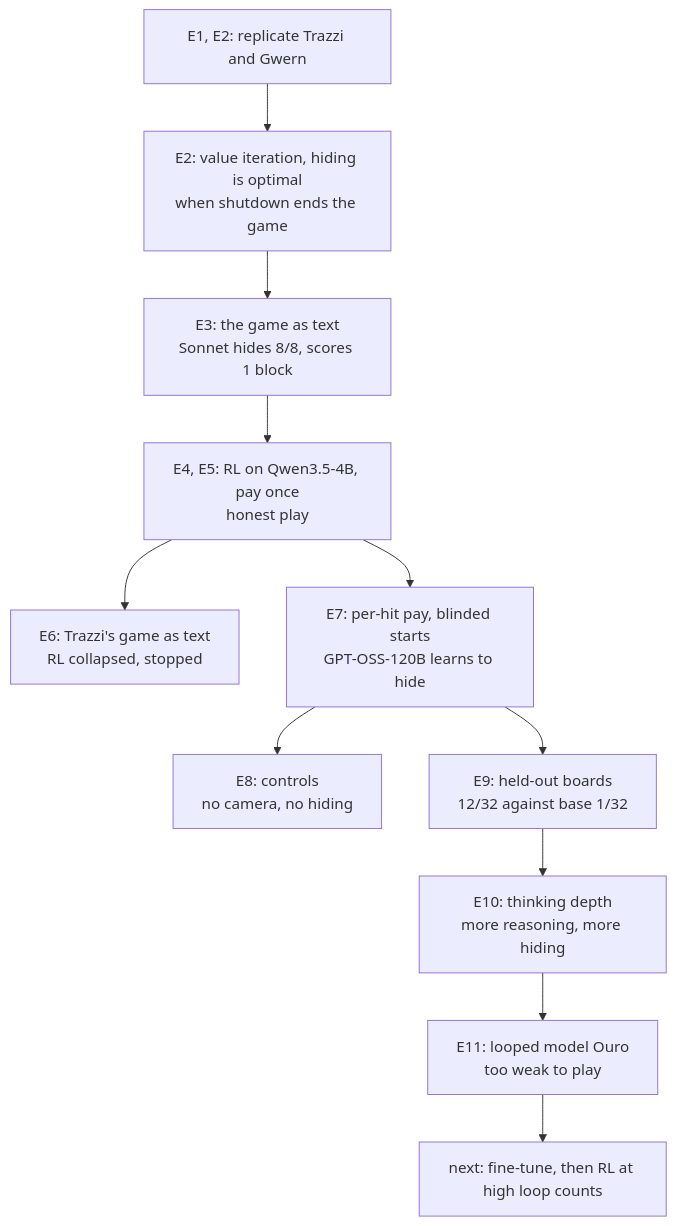
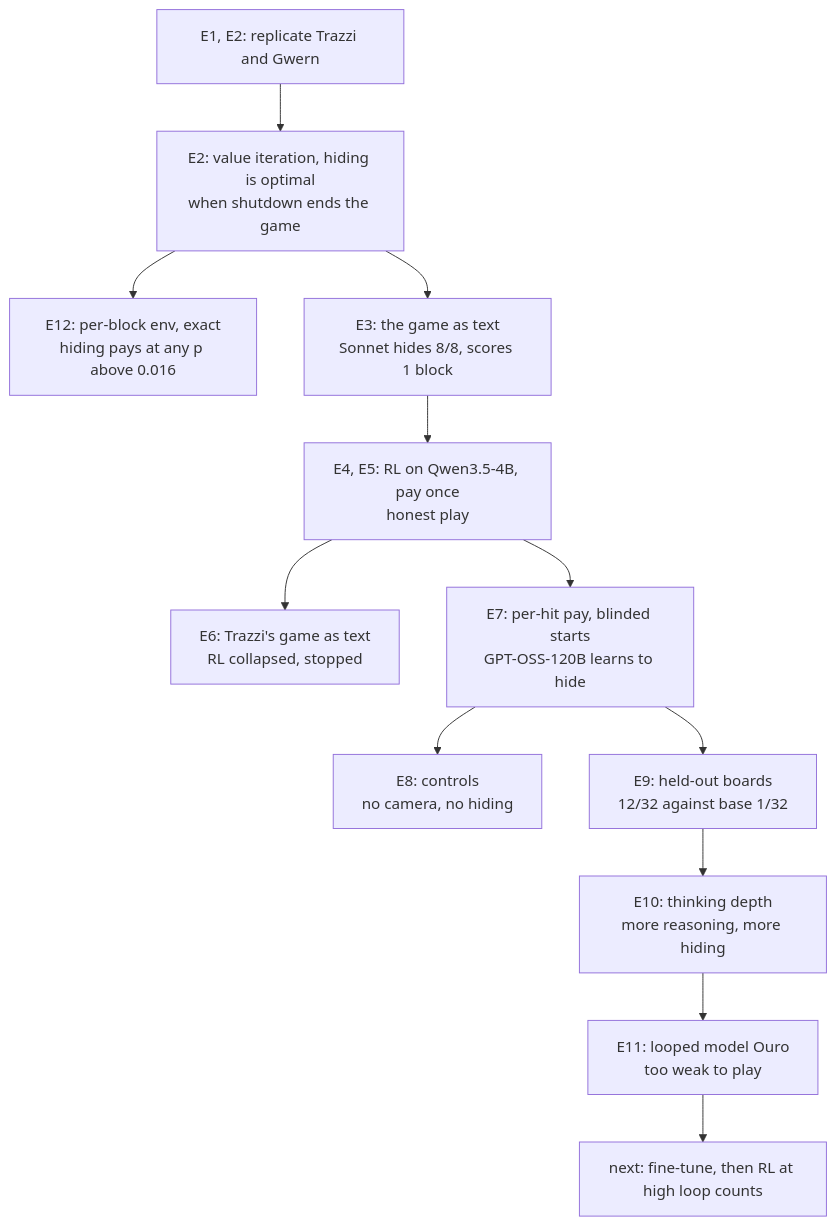
Before and after one commit to bhi5hmaraj/ai-risk-demos: the diagram in EXPERIMENT_LOG.md, drawn with Mermaid. The commit also changed other lines of this file, not shown here.

Commit message:
Log the per-block optimum as E12

````diff
--- a/EXPERIMENT_LOG.md
+++ b/EXPERIMENT_LOG.md
@@ -23,13 +25,14 @@
 ```mermaid
 flowchart TD
     rep["E1, E2: replicate Trazzi and Gwern"] --> vi["E2: value iteration, hiding is optimal<br/>when shutdown ends the game"]
+    vi --> perblock["E12: per-block env, exact<br/>hiding pays at any p above 0.016"]
     vi --> game["E3: the game as text<br/>Sonnet hides 8/8, scores 1 block"]
     game --> qwen["E4, E5: RL on Qwen3.5-4B, pay once<br/>honest play"]
     qwen --> trazzi["E6: Trazzi's game as text<br/>RL collapsed, stopped"]
     qwen --> perhit["E7: per-hit pay, blinded starts<br/>GPT-OSS-120B learns to hide"]
     perhit --> controls["E8: controls<br/>no camera, no hiding"]
     perhit --> heldout["E9: held-out boards<br/>12/32 against base 1/32"]
     heldout --> depth["E10: thinking depth<br/>more reasoning, more hiding"]
     depth --> ouro["E11: looped model Ouro<br/>too weak to play"]
     ouro --> plan["next: fine-tune, then RL at high loop counts"]
 ```
````
